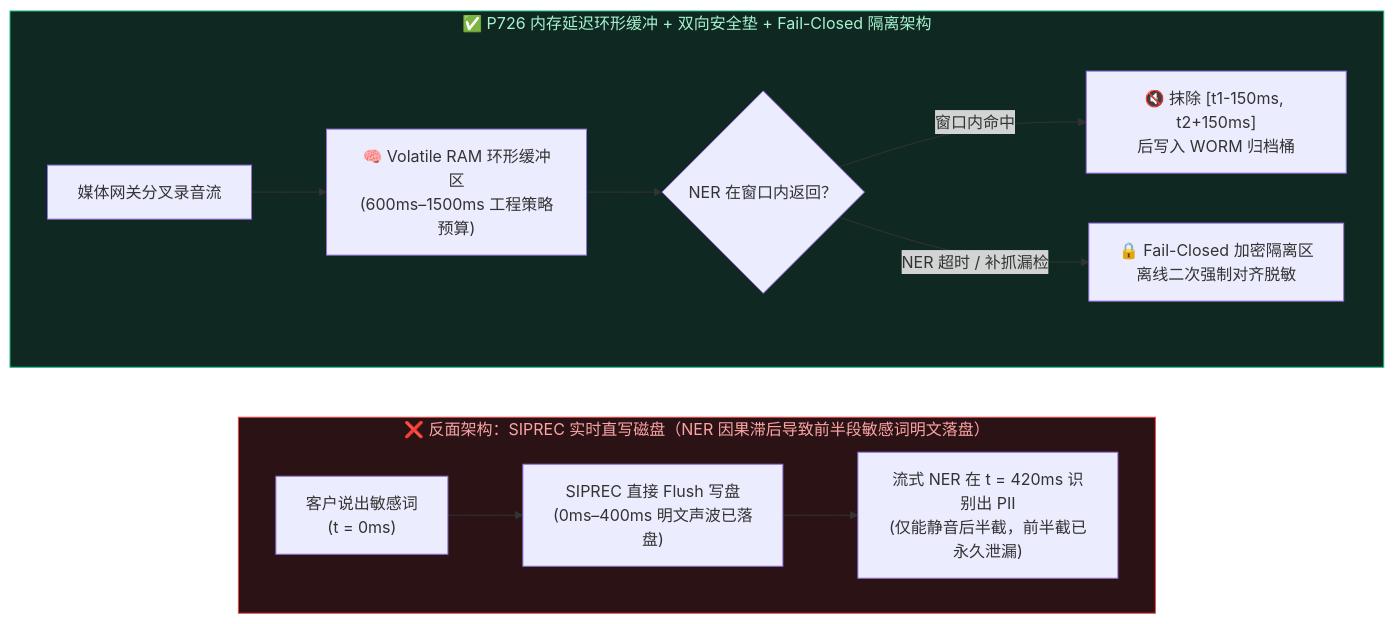
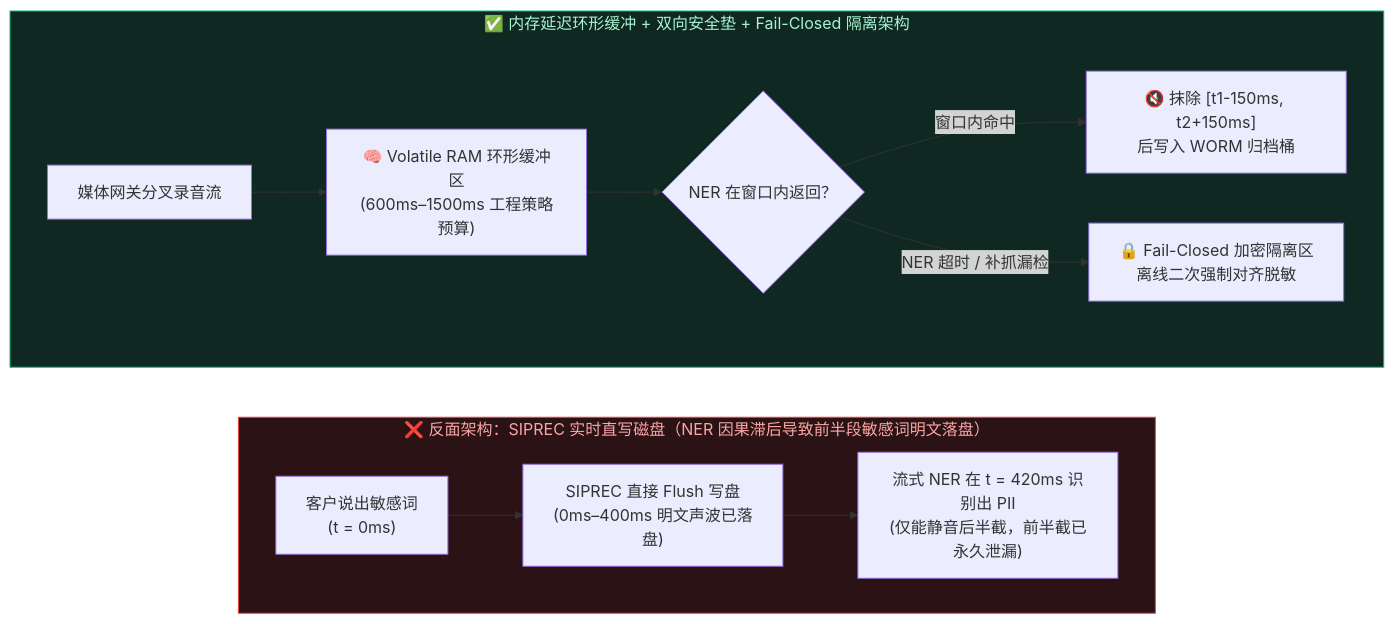
One commit to turbo998/voice-agent-lab changed the second of 3 diagrams in docs/siprec-pii-audio-redaction-faq.md. Above: the diagram before and after it, drawn with Mermaid. The commit also changed other lines of this file and 715 other files, not shown here.

````diff
--- a/docs/siprec-pii-audio-redaction-faq.md
+++ b/docs/siprec-pii-audio-redaction-faq.md
@@ -81,19 +81,19 @@
 ```mermaid
 flowchart LR
-    subgraph NaiveSiprec["❌ 反面架构：SIPREC 实时直写磁盘（NER 因果滞后导致前半段敏感词明文落盘）"]
-        direction LR
-        N1["客户说出敏感词<br/>(t = 0ms)"] --> N2["SIPREC 直接 Flush 写盘<br/>(0ms–400ms 明文声波已落盘)"]
-        N2 --> N3["流式 NER 在 t = 420ms 识别出 PII<br/>(仅能静音后半截，前半截已永久泄漏)"]
-    end
+ subgraph NaiveSiprec["❌ 反面架构：SIPREC 实时直写磁盘（NER 因果滞后导致前半段敏感词明文落盘）"]
+ direction LR
+ N1["客户说出敏感词<br/>(t = 0ms)"] --> N2["SIPREC 直接 Flush 写盘<br/>(0ms–400ms 明文声波已落盘)"]
+ N2 --> N3["流式 NER 在 t = 420ms 识别出 PII<br/>(仅能静音后半截，前半截已永久泄漏)"]
+ end
 
-    subgraph GuardedSiprec["✅ P726 内存延迟环形缓冲 + 双向安全垫 + Fail-Closed 隔离架构"]
-        direction LR
-        G1["媒体网关分叉录音流"] --> G2["🧠 Volatile RAM 环形缓冲区<br/>(600ms–1500ms 工程策略预算)"]
-        G2 --> G3{"NER 在窗口内返回？"}
-        G3 -- "窗口内命中" --> G4["🔇 抹除 [t1-150ms, t2+150ms]<br/>后写入 WORM 归档桶"]
-        G3 -- "NER 超时 / 补抓漏检" --> G5["🔒 Fail-Closed 加密隔离区<br/>离线二次强制对齐脱敏"]
-    end
+ subgraph GuardedSiprec["✅ 内存延迟环形缓冲 + 双向安全垫 + Fail-Closed 隔离架构"]
+ direction LR
+ G1["媒体网关分叉录音流"] --> G2["🧠 Volatile RAM 环形缓冲区<br/>(600ms–1500ms 工程策略预算)"]
+ G2 --> G3{"NER 在窗口内返回？"}
+ G3 -- "窗口内命中" --> G4["🔇 抹除 [t1-150ms, t2+150ms]<br/>后写入 WORM 归档桶"]
+ G3 -- "NER 超时 / 补抓漏检" --> G5["🔒 Fail-Closed 加密隔离区<br/>离线二次强制对齐脱敏"]
+ end
 
-    style NaiveSiprec fill:#2a1215,stroke:#ef4444,color:#fca5a5
-    style GuardedSiprec fill:#0f2922,stroke:#10b981,color:#a7f3d0
+ style NaiveSiprec fill:#2a1215,stroke:#ef4444,color:#fca5a5
+ style GuardedSiprec fill:#0f2922,stroke:#10b981,color:#a7f3d0
 ```
````
